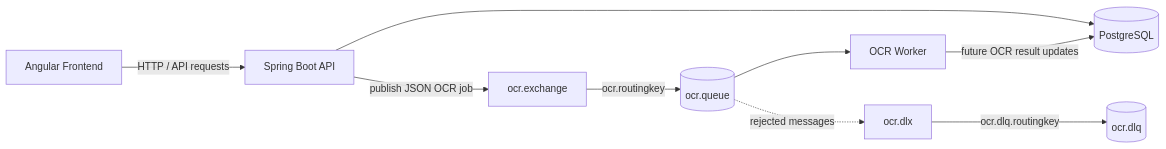
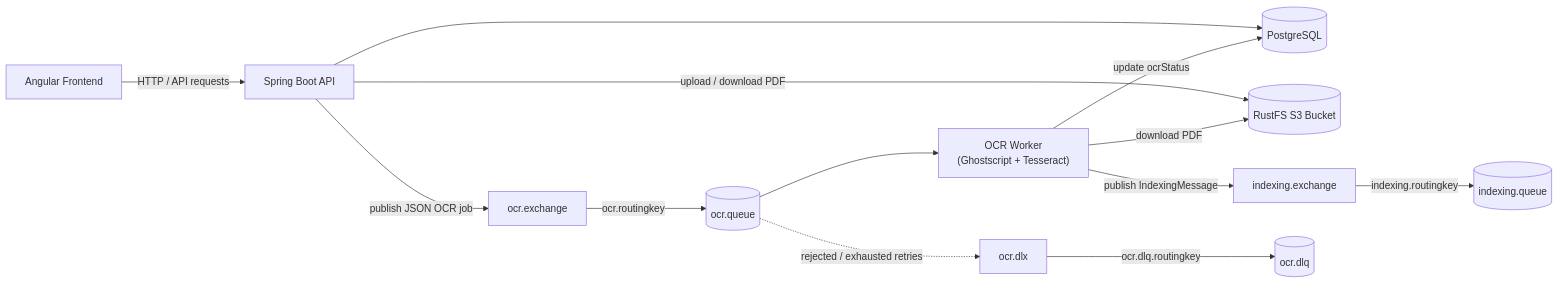
The diagram in docs/ARCHITECTURE.md (Pascal07/SWEN3_Capa_Doc), drawn with Mermaid before and after one commit. The commit also changed other lines of this file and 34 other files, not shown here.

Commit message:
feat(ocr-worker): integrate OCR processing with RustFS storage and RabbitMQ messaging

````diff
--- a/docs/ARCHITECTURE.md
+++ b/docs/ARCHITECTURE.md
@@ -9,11 +9,15 @@
 ```mermaid
 flowchart LR
     Browser[Angular Frontend] -->|HTTP / API requests| API[Spring Boot API]
     API --> DB[(PostgreSQL)]
+    API -->|upload / download PDF| RustFS[(RustFS S3 Bucket)]
     API -->|publish JSON OCR job| Exchange[ocr.exchange]
     Exchange -->|ocr.routingkey| Queue[(ocr.queue)]
-    Queue --> Worker[OCR Worker]
-    Queue -. rejected messages .-> DLX[ocr.dlx]
+    Queue --> Worker["OCR Worker\n(Ghostscript + Tesseract)"]
+    Worker -->|download PDF| RustFS
+    Worker -->|update ocrStatus| DB
+    Worker -->|publish IndexingMessage| IdxExchange[indexing.exchange]
+    IdxExchange -->|indexing.routingkey| IdxQueue[(indexing.queue)]
+    Queue -. rejected / exhausted retries .-> DLX[ocr.dlx]
     DLX -->|ocr.dlq.routingkey| DLQ[(ocr.dlq)]
-    Worker -->|future OCR result updates| DB
 ```
````
